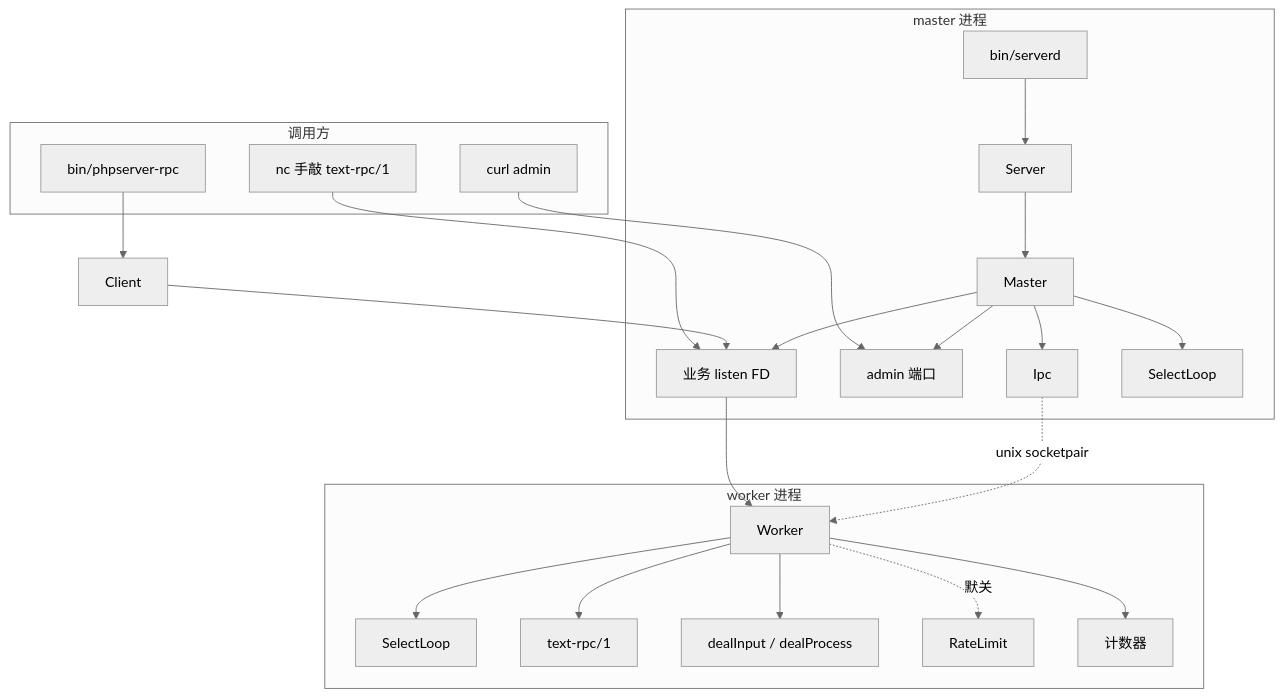
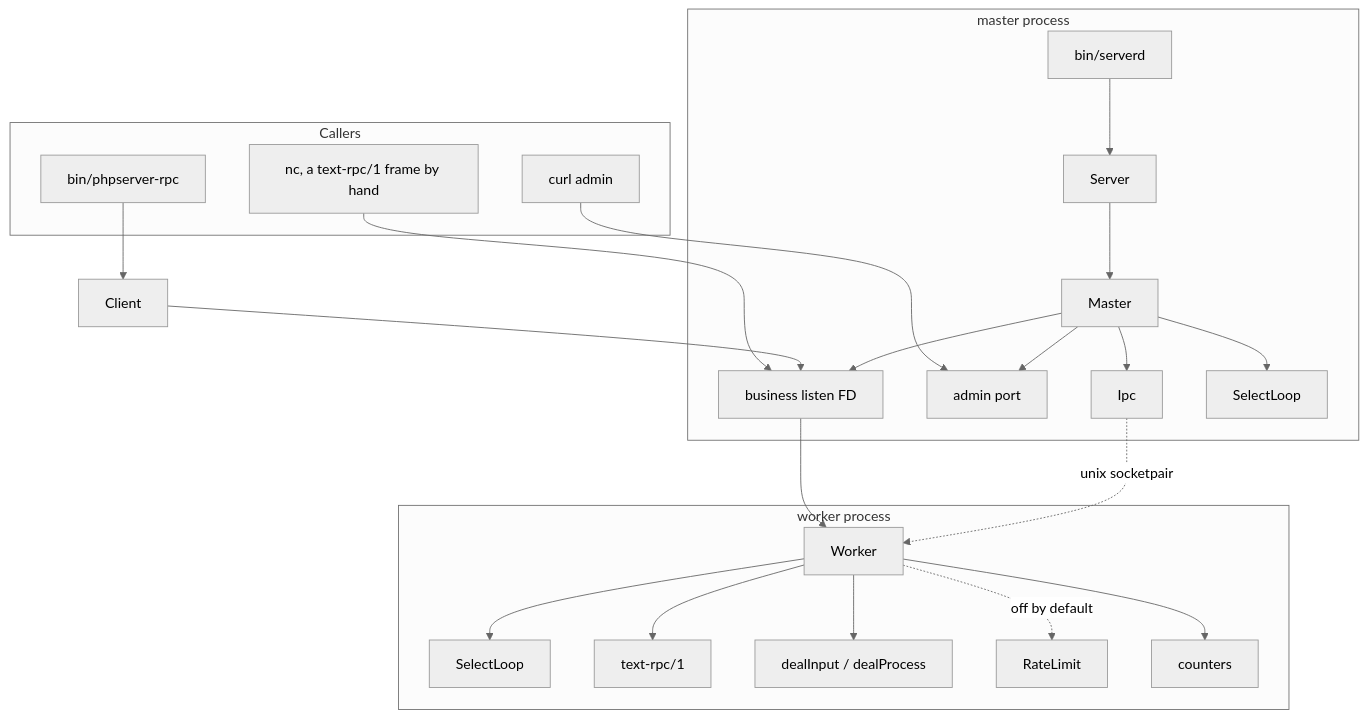
Before and after one commit to AtlanticF/phpserver: the first of 2 diagrams in docs/ROADMAP.md, drawn with Mermaid (neutral theme). The commit also changed other lines of this file and 8 other files, not shown here.

````diff
--- a/docs/ROADMAP.md
+++ b/docs/ROADMAP.md
@@ -23,34 +23,34 @@
 ```mermaid
 flowchart TB
-  subgraph callers [调用方]
+  subgraph callers [Callers]
     RpcCli["bin/phpserver-rpc"]
-    Nc["nc 手敲 text-rpc/1"]
+    Nc["nc, a text-rpc/1 frame by hand"]
     Curl["curl admin"]
   end
 
   RpcCli --> Client
   Nc --> Listen
   Client --> Listen
   Curl --> Admin
 
-  subgraph masterProc [master 进程]
+  subgraph masterProc [master process]
     Serverd["bin/serverd"] --> Server
     Server --> Master
-    Master --> Listen["业务 listen FD"]
-    Master --> Admin["admin 端口"]
+    Master --> Listen["business listen FD"]
+    Master --> Admin["admin port"]
     Master --> Ipc["Ipc"]
     Master --> LoopM["SelectLoop"]
   end
 
   Listen --> Worker
   Ipc -. "unix socketpair" .-> Worker
 
-  subgraph workerProc [worker 进程]
+  subgraph workerProc [worker process]
     Worker["Worker"]
     Worker --> LoopW["SelectLoop"]
     Worker --> TextRpc["text-rpc/1"]
     Worker --> Hooks["dealInput / dealProcess"]
-    Worker -. "默关" .-> RateLimit
-    Worker --> Metrics["计数器"]
+    Worker -. "off by default" .-> RateLimit
+    Worker --> Metrics["counters"]
   end
 ```
````
